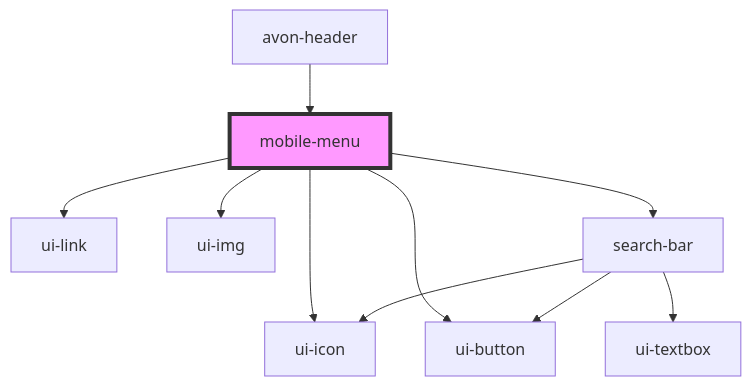
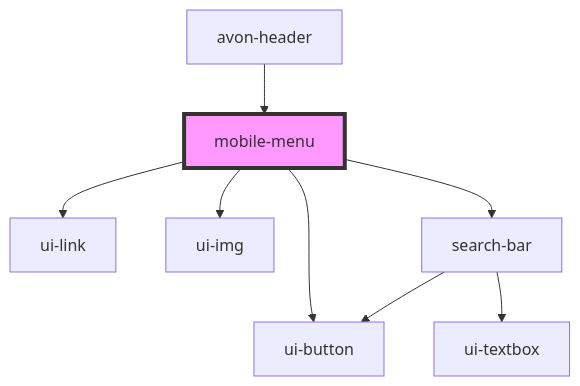
One commit to ankitghanekar-hcl/ui-shared-web-components changed the diagram in src/components/avon-header/mobile-menu/readme.md. Above: the diagram before and after it, drawn with Mermaid. The commit also changed other lines of this file and 6 other files, not shown here.

````diff
--- a/src/components/avon-header/mobile-menu/readme.md
+++ b/src/components/avon-header/mobile-menu/readme.md
@@ -37,13 +34,11 @@
 ```mermaid
 graph TD;
   mobile-menu --> ui-link
   mobile-menu --> ui-img
-  mobile-menu --> ui-icon
   mobile-menu --> ui-button
   mobile-menu --> search-bar
   search-bar --> ui-textbox
   search-bar --> ui-button
-  search-bar --> ui-icon
   avon-header --> mobile-menu
   style mobile-menu fill:#f9f,stroke:#333,stroke-width:4px
 ```
````
